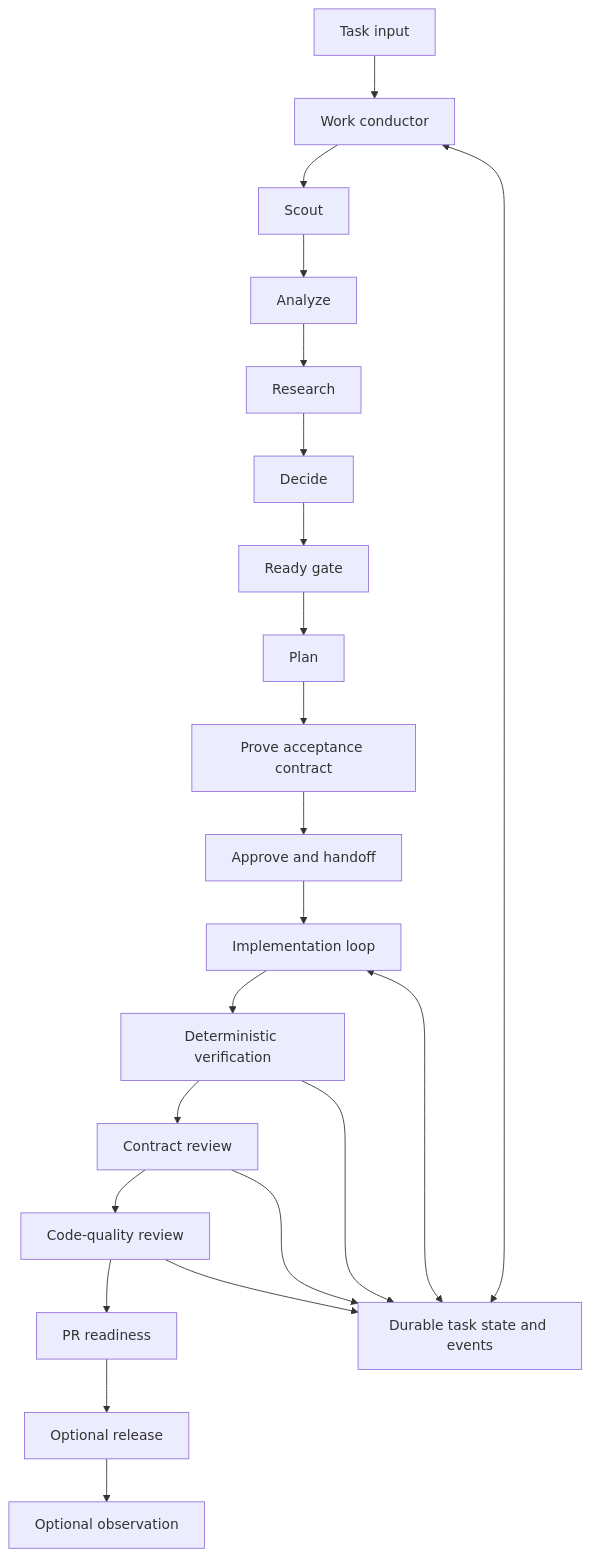
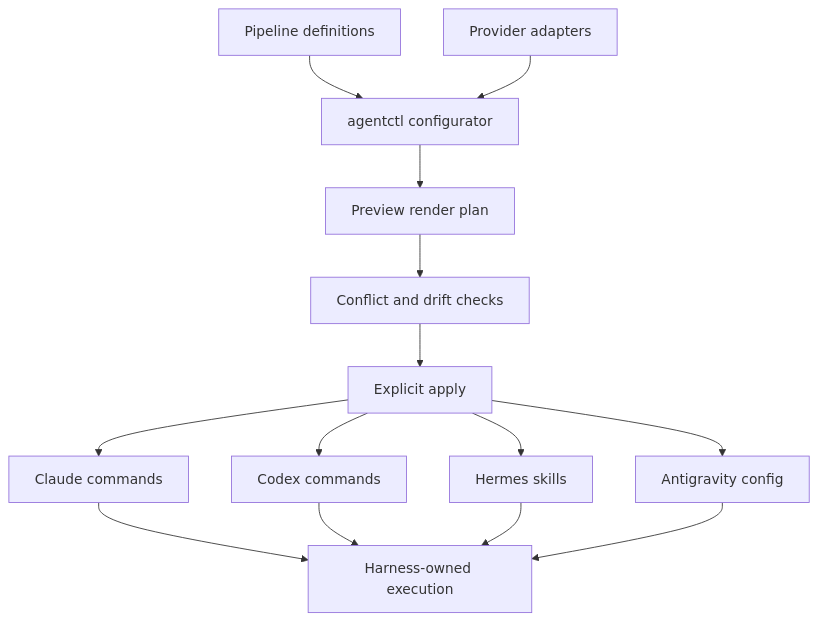
One commit to riidii-md/agentnyk-maisternia changed the diagram in docs/WORKFLOW.md. Above: the diagram before and after it, drawn with Mermaid. The commit also changed other lines of this file and 12 other files, not shown here.

Commit message:
docs: clarify agentctl configurator boundary

````diff
--- a/docs/WORKFLOW.md
+++ b/docs/WORKFLOW.md
@@ -136,25 +154,16 @@
 ```mermaid
 flowchart TD
-    I[Task input] --> C[Work conductor]
-    C --> S[Scout]
-    S --> A[Analyze]
-    A --> R[Research]
-    R --> D[Decide]
-    D --> G[Ready gate]
-    G --> P[Plan]
-    P --> T[Prove acceptance contract]
-    T --> H[Approve and handoff]
-    H --> W[Implementation loop]
-    W --> V[Deterministic verification]
-    V --> CR[Contract review]
-    CR --> QR[Code-quality review]
-    QR --> PR[PR readiness]
-    PR --> REL[Optional release]
-    REL --> O[Optional observation]
-
-    C <--> STATE[Durable task state and events]
-    W <--> STATE
-    V --> STATE
-    CR --> STATE
-    QR --> STATE
+    D[Pipeline definitions] --> C[agentctl configurator]
+    A[Provider adapters] --> C
+    C --> P[Preview render plan]
+    P --> X[Conflict and drift checks]
+    X --> I[Explicit apply]
+    I --> CC[Claude commands]
+    I --> CX[Codex commands]
+    I --> H[Hermes skills]
+    I --> AGY[Antigravity config]
+    CC --> R[Harness-owned execution]
+    CX --> R
+    H --> R
+    AGY --> R
 ```
````
